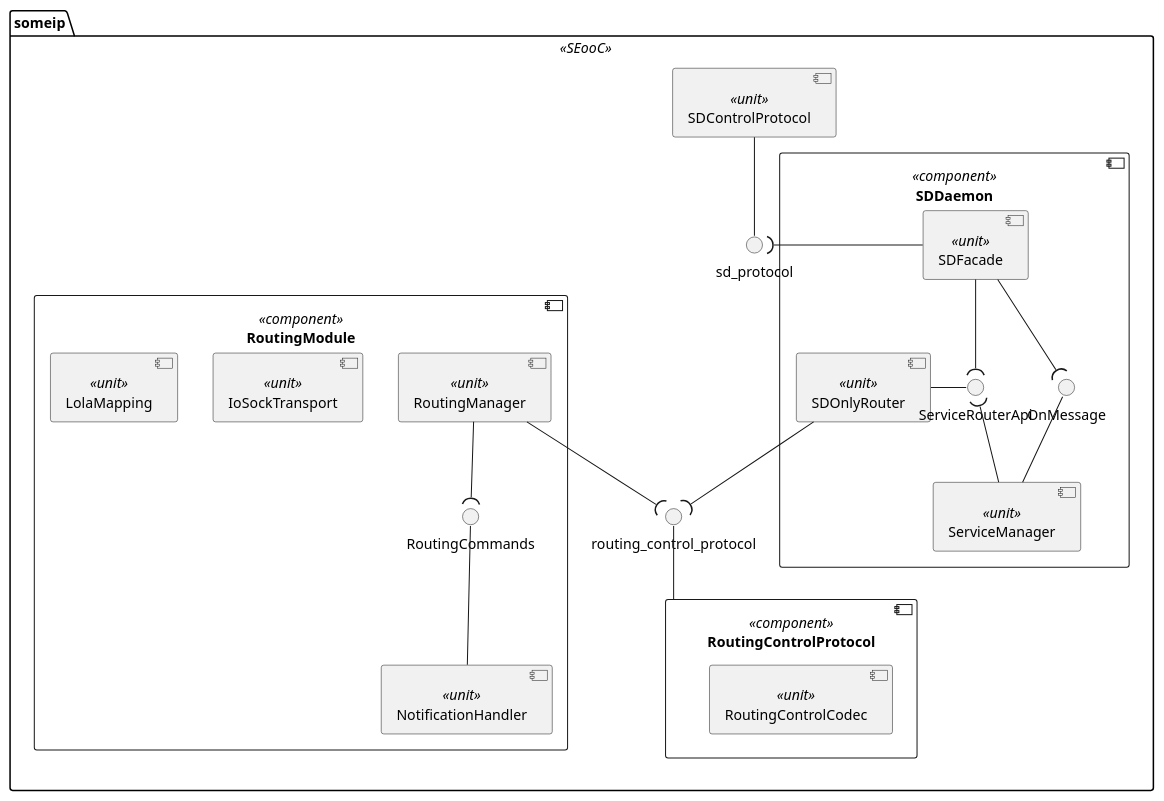
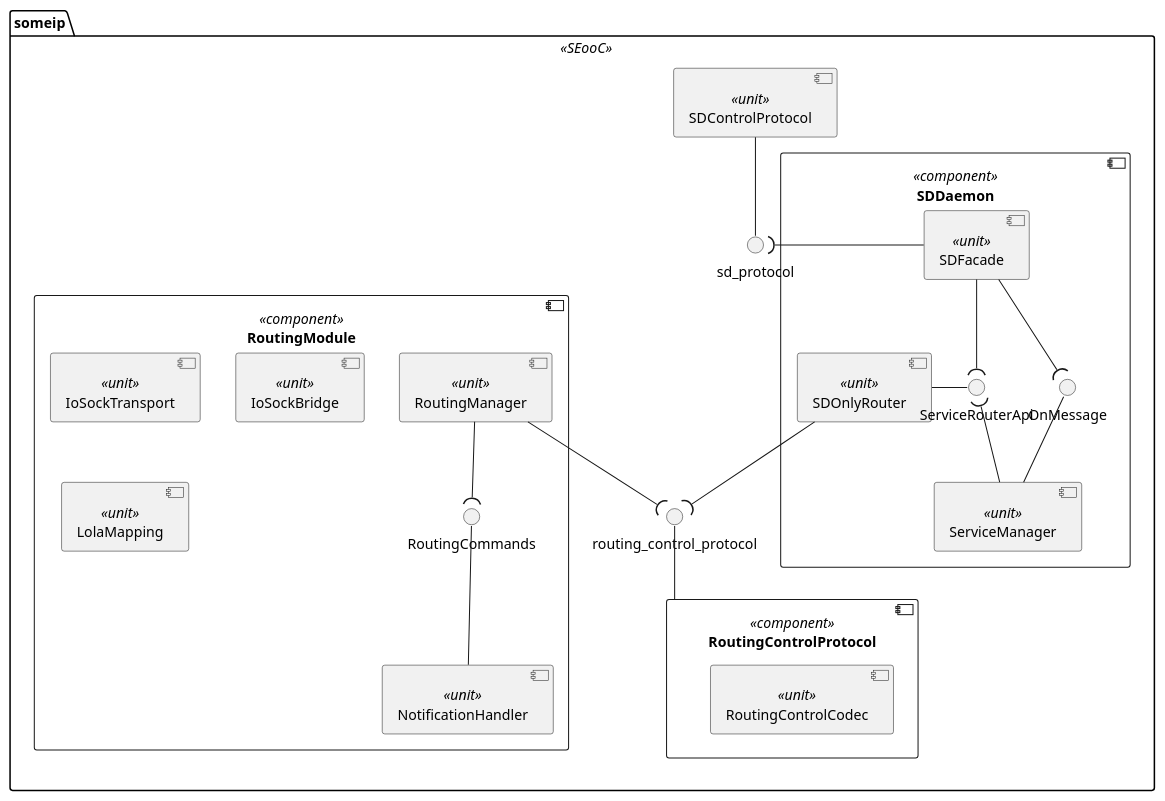
The diagram in score/someip/dependability/architectural_design/static_design/overall.puml (eclipse-score/communication), drawn with PlantUML before and after one commit. The commit also changed 11 other files, not shown here.

First line of the commit message:
someip: add io-sock bridge between the C module and the routing module

```diff
--- a/score/someip/dependability/architectural_design/static_design/overall.puml
+++ b/score/someip/dependability/architectural_design/static_design/overall.puml
@@ -13,48 +13,49 @@
 @startuml SomeIp_StaticDesign
 
 package someip <<SEooC>> {
 
   component SDControlProtocol <<unit>>
   component RoutingControlProtocol <<component>> {
     component RoutingControlCodec <<unit>>
   }
 
 
   interface sd_protocol
   interface routing_control_protocol
 
   RoutingControlProtocol -u- routing_control_protocol
   SDControlProtocol -d- sd_protocol
 
   component SDDaemon <<component>> {
     component ServiceManager <<unit>>
     component SDFacade <<unit>>
     component SDOnlyRouter <<unit>>
 
     interface OnMessage
     interface ServiceRouterApi
 
     SDFacade --( OnMessage
     ServiceManager -u- OnMessage
     SDFacade --( ServiceRouterApi
     ServiceManager -l-( ServiceRouterApi
     SDOnlyRouter -r- ServiceRouterApi
     SDOnlyRouter --( routing_control_protocol
     SDFacade -l-( sd_protocol
   }
 
   component RoutingModule <<component>> {
     component NotificationHandler <<unit>>
     component RoutingManager <<unit>>
     component IoSockTransport <<unit>>
+    component IoSockBridge <<unit>>
     component LolaMapping <<unit>>
 
     interface RoutingCommands
 
     NotificationHandler -u- RoutingCommands
     RoutingManager --( RoutingCommands
     RoutingManager --( routing_control_protocol
   }
 }
 
 @enduml
```
